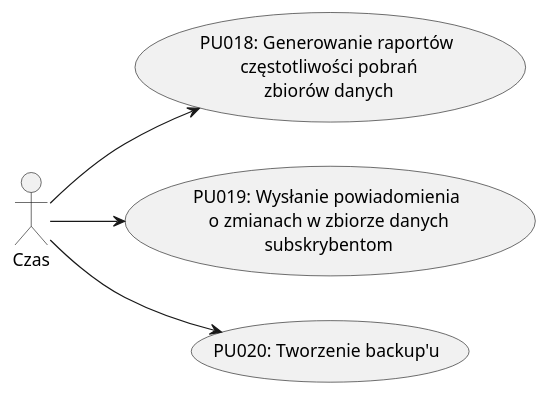
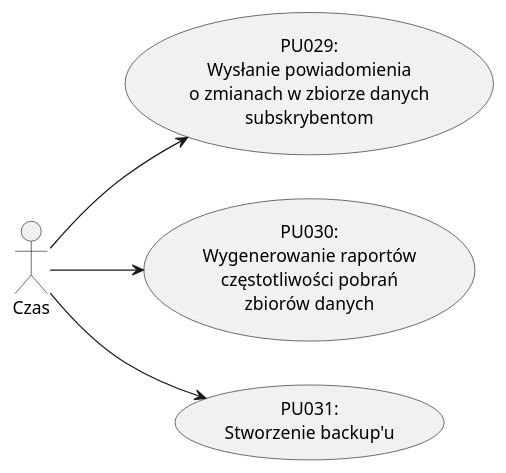
One commit to kokolodziejska/IWO changed diagram 11 of 13 in dokumentacja.md. Above: the diagram before and after it, drawn with PlantUML. The commit also changed other lines of this file and 2 other files, not shown here.

````diff
--- a/dokumentacja.md
+++ b/dokumentacja.md
@@ -1434,16 +1464,16 @@
   ```puml
   @startuml Czas
   left to right direction
 
   actor "Czas" as Time
 
-  usecase "PU018: Generowanie raportów\n częstotliwości pobrań\n zbiorów danych" as UC1
-  usecase "PU019: Wysłanie powiadomienia\n o zmianach w zbiorze danych\n subskrybentom" as UC2
-  usecase "PU020: Tworzenie backup'u" as UC3
+  usecase "PU029:\nWysłanie powiadomienia\no zmianach w zbiorze danych\nsubskrybentom" as PU029
+  usecase "PU030:\nWygenerowanie raportów\nczęstotliwości pobrań\nzbiorów danych" as PU030
+  usecase "PU031:\nStworzenie backup'u" as PU031
 
-  Time --> UC1
-  Time --> UC2
-  Time --> UC3
+  Time --> PU029
+  Time --> PU030
+  Time --> PU031
 
   @enduml
   ```
````
